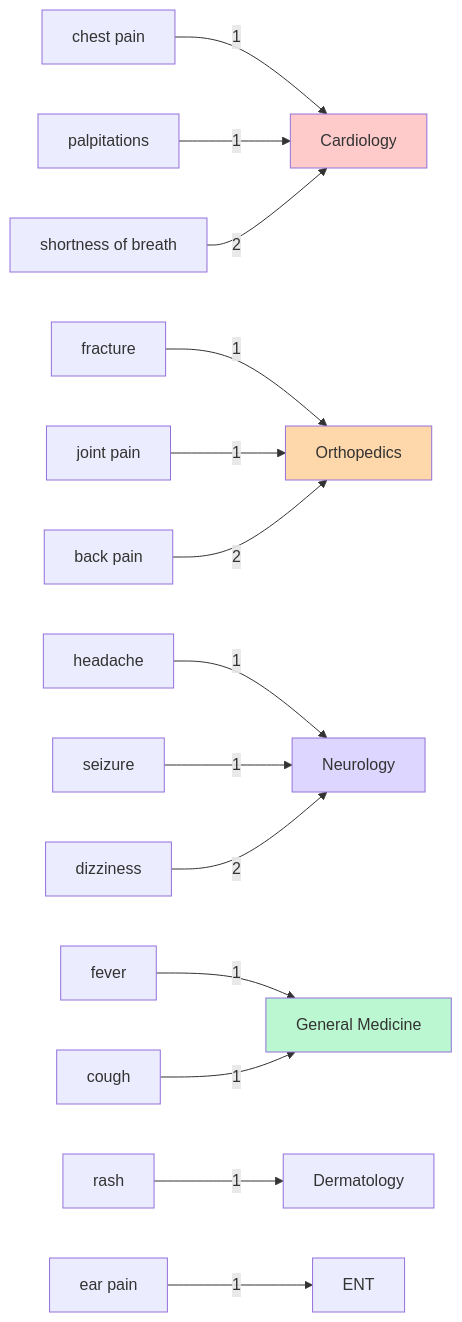
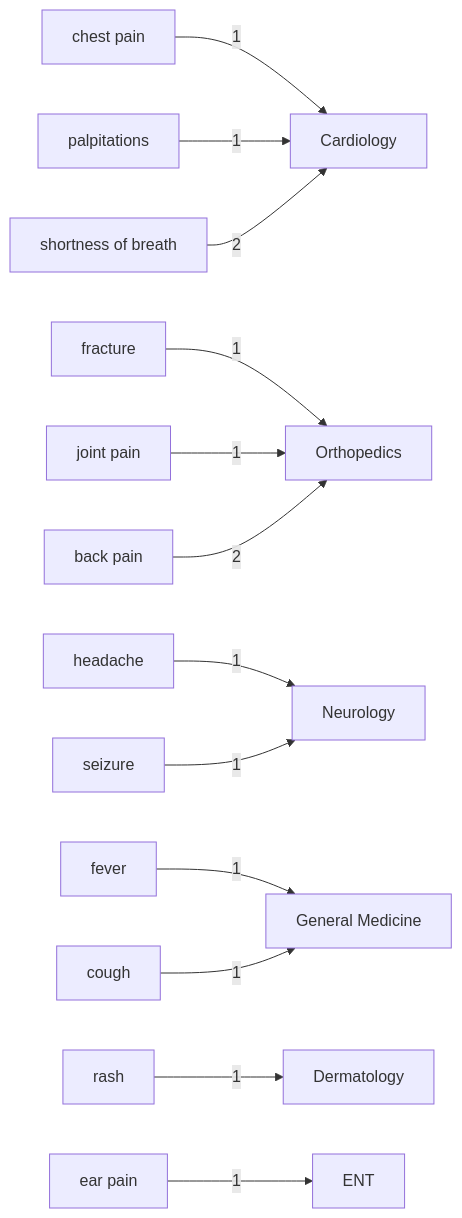
One commit to themuzzamil/Hospital-Management-System changed the ninth of 22 diagrams in flow.md. Above: the diagram before and after it, drawn with Mermaid. The commit also changed other lines of this file, not shown here.

````diff
--- a/flow.md
+++ b/flow.md
@@ -304,21 +289,15 @@
 ```mermaid
 flowchart LR
-    A1["chest pain"] -->|1| C1["Cardiology"]
-    A2["palpitations"] -->|1| C1
-    A3["shortness of breath"] -->|2| C1
-    B1["fracture"] -->|1| C2["Orthopedics"]
-    B2["joint pain"] -->|1| C2
-    B3["back pain"] -->|2| C2
-    D1["headache"] -->|1| C3["Neurology"]
-    D2["seizure"] -->|1| C3
-    D3["dizziness"] -->|2| C3
-    E1["fever"] -->|1| C4["General Medicine"]
-    E2["cough"] -->|1| C4
-    F1["rash"] -->|1| C5["Dermatology"]
-    G1["ear pain"] -->|1| C6["ENT"]
-
-    style C1 fill:#fecaca
-    style C2 fill:#fed7aa
-    style C3 fill:#ddd6fe
-    style C4 fill:#bbf7d0
+    A1["chest pain"] -->|"1"| C1["Cardiology"]
+    A2["palpitations"] -->|"1"| C1
+    A3["shortness of breath"] -->|"2"| C1
+    B1["fracture"] -->|"1"| C2["Orthopedics"]
+    B2["joint pain"] -->|"1"| C2
+    B3["back pain"] -->|"2"| C2
+    D1["headache"] -->|"1"| C3["Neurology"]
+    D2["seizure"] -->|"1"| C3
+    E1["fever"] -->|"1"| C4["General Medicine"]
+    E2["cough"] -->|"1"| C4
+    F1["rash"] -->|"1"| C5["Dermatology"]
+    G1["ear pain"] -->|"1"| C6["ENT"]
 ```
````
